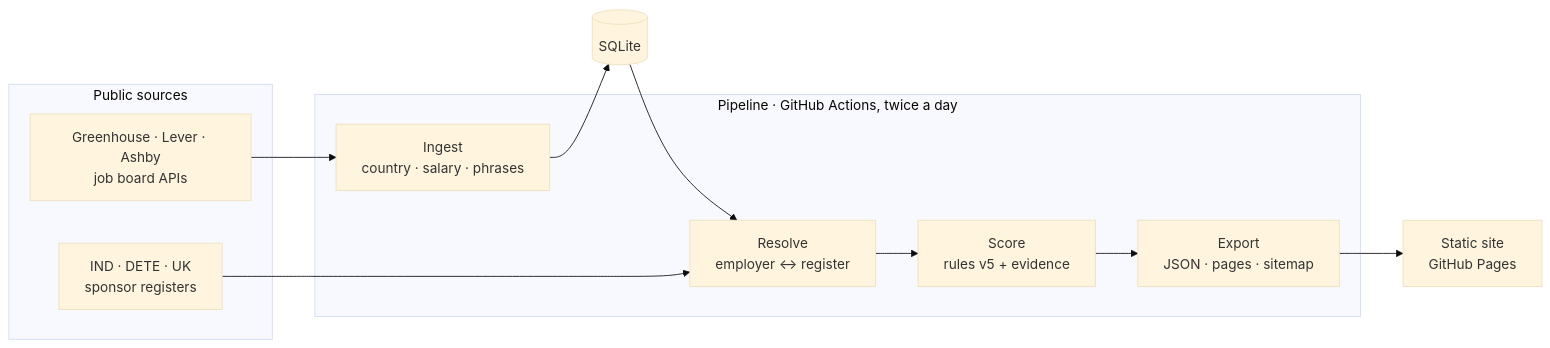
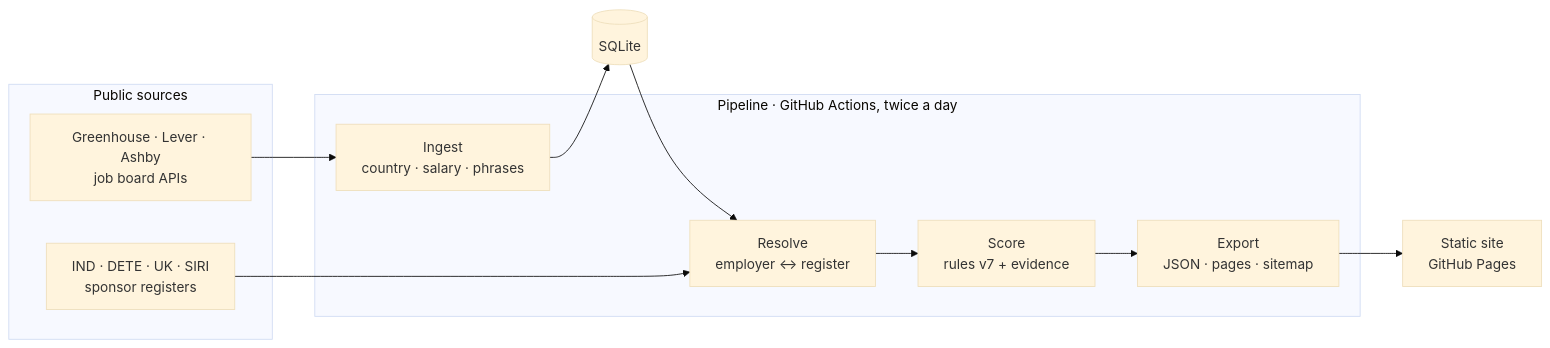
The diagram in README.md (ilker-ekin/hadijob), drawn with Mermaid (base theme) before and after one commit. The commit also changed other lines of this file, not shown here.

Commit message:
docs: Denmark's register, rules v7 and today's numbers

````diff
--- a/README.md
+++ b/README.md
@@ -68,17 +68,17 @@
 ```mermaid
 flowchart LR
   subgraph Sources["Public sources"]
     ATS[Greenhouse · Lever · Ashby<br/>job board APIs]
-    REG[IND · DETE · UK<br/>sponsor registers]
+    REG[IND · DETE · UK · SIRI<br/>sponsor registers]
   end
   subgraph Pipeline["Pipeline · GitHub Actions, twice a day"]
     I[Ingest<br/>country · salary · phrases]
     R[Resolve<br/>employer ↔ register]
-    S[Score<br/>rules v5 + evidence]
+    S[Score<br/>rules v7 + evidence]
     E[Export<br/>JSON · pages · sitemap]
   end
   DB[(SQLite)]
   Web[Static site<br/>GitHub Pages]
   ATS --> I --> DB --> R --> S --> E --> Web
   REG --> R
 ```
````
